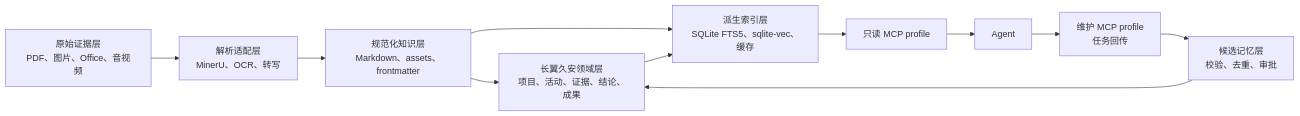
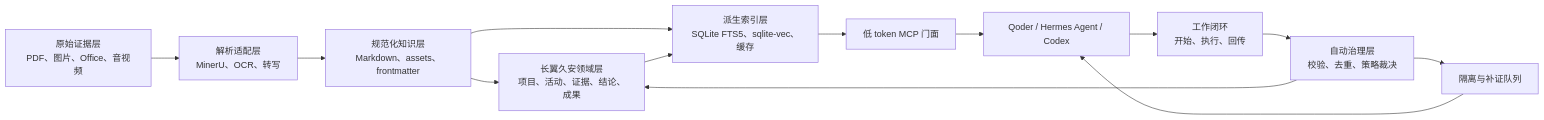
The diagram in docs/changyi-jiuan/02-target-architecture.md (Tangtaizong-BUAA/MinerU-Document-Explorer), drawn with Mermaid before and after one commit. The commit also changed other lines of this file and 14 other files, not shown here.

````diff
--- a/docs/changyi-jiuan/02-target-architecture.md
+++ b/docs/changyi-jiuan/02-target-architecture.md
@@ -7,13 +7,15 @@
 ```mermaid
 flowchart LR
     A["原始证据层<br/>PDF、图片、Office、音视频"] --> B["解析适配层<br/>MinerU、OCR、转写"]
     B --> C["规范化知识层<br/>Markdown、assets、frontmatter"]
     C --> D["长翼久安领域层<br/>项目、活动、证据、结论、成果"]
     C --> E["派生索引层<br/>SQLite FTS5、sqlite-vec、缓存"]
     D --> E
-    E --> F["只读 MCP profile"]
-    F --> G["Agent"]
-    G --> H["维护 MCP profile<br/>任务回传"]
-    H --> I["候选记忆层<br/>校验、去重、审批"]
+    E --> F["低 token MCP 门面"]
+    F --> G["Qoder / Hermes Agent / Codex"]
+    G --> H["工作闭环<br/>开始、执行、回传"]
+    H --> I["自动治理层<br/>校验、去重、策略裁决"]
     I --> D
+    I --> J["隔离与补证队列"]
+    J --> G
 ```
````
